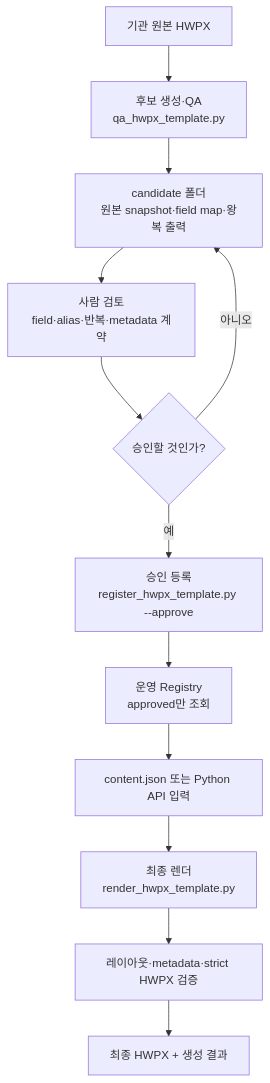
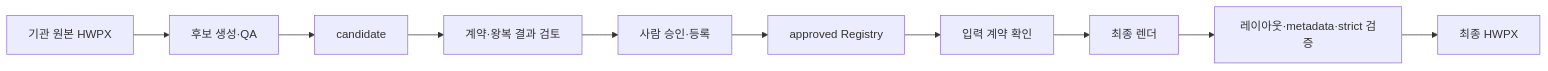
The diagram in README.md (YoungSeo5/edudoc-hwpx-template-engine), drawn with Mermaid before and after one commit. The commit also changed other lines of this file, not shown here.

````diff
--- a/README.md
+++ b/README.md
@@ -51,14 +26,12 @@
 ```mermaid
-flowchart TD
-    SOURCE["기관 원본 HWPX"] --> QA["후보 생성·QA<br/>qa_hwpx_template.py"]
-    QA --> CANDIDATE["candidate 폴더<br/>원본 snapshot·field map·왕복 출력"]
-    CANDIDATE --> REVIEW["사람 검토<br/>field·alias·반복·metadata 계약"]
-    REVIEW --> DECISION{"승인할 것인가?"}
-    DECISION -- "아니오" --> CANDIDATE
-    DECISION -- "예" --> REGISTER["승인 등록<br/>register_hwpx_template.py --approve"]
-    REGISTER --> REGISTRY["운영 Registry<br/>approved만 조회"]
-    REGISTRY --> INPUT["content.json 또는 Python API 입력"]
-    INPUT --> RENDER["최종 렌더<br/>render_hwpx_template.py"]
-    RENDER --> VALIDATE["레이아웃·metadata·strict HWPX 검증"]
-    VALIDATE --> OUTPUT["최종 HWPX + 생성 결과"]
+flowchart LR
+    SOURCE["기관 원본 HWPX"] --> QA["후보 생성·QA"]
+    QA --> CANDIDATE["candidate"]
+    CANDIDATE --> REVIEW["계약·왕복 결과 검토"]
+    REVIEW --> REGISTER["사람 승인·등록"]
+    REGISTER --> APPROVED["approved Registry"]
+    APPROVED --> INPUT["입력 계약 확인"]
+    INPUT --> RENDER["최종 렌더"]
+    RENDER --> VALIDATE["레이아웃·metadata·strict 검증"]
+    VALIDATE --> OUTPUT["최종 HWPX"]
 ```
````
